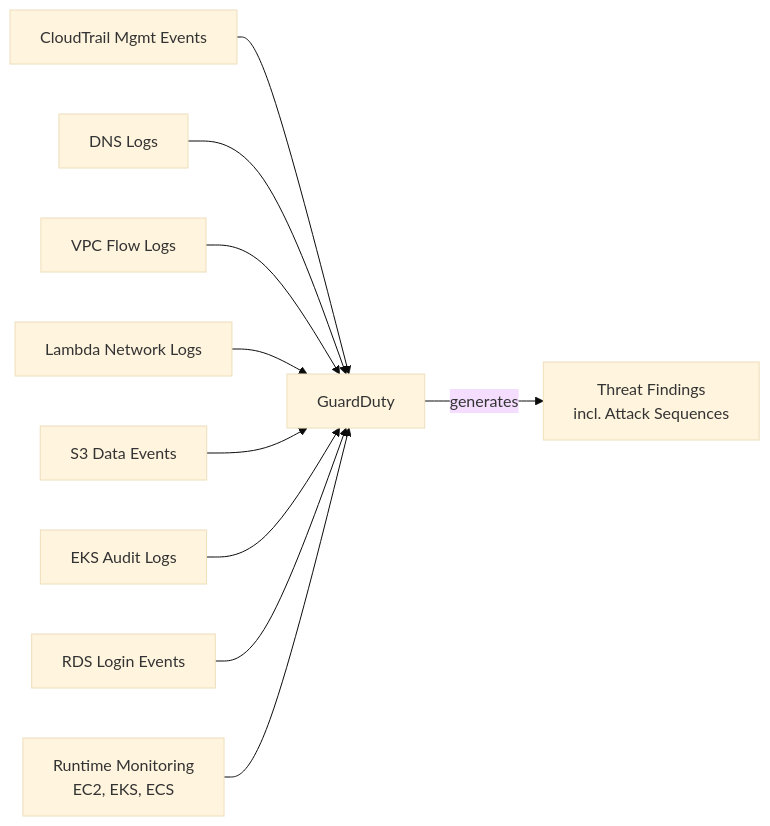
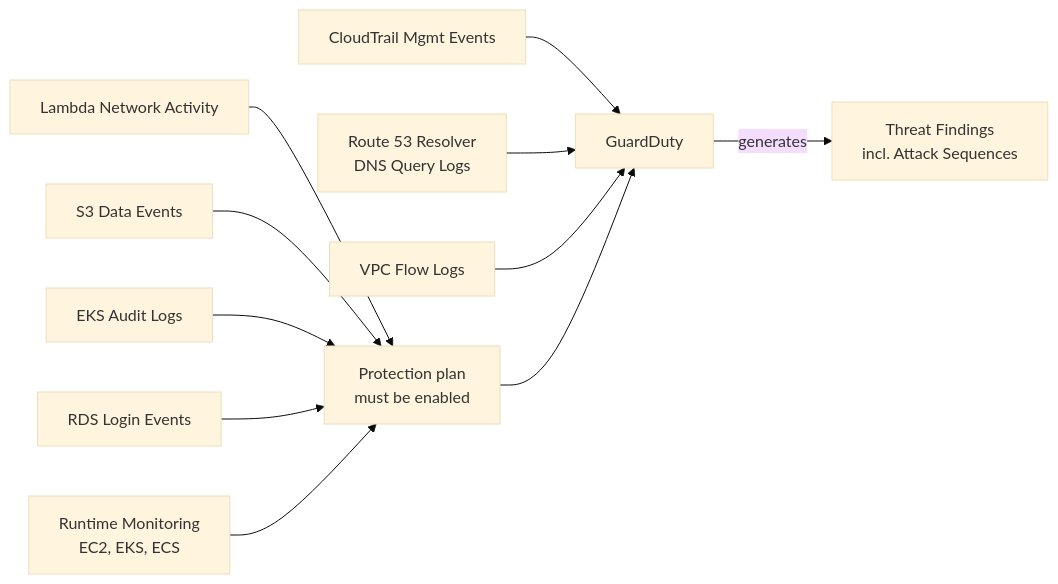
The diagram in aws-skills/skills/core-skills/aws-security/references/guardduty.md (robomotionio/robomotion-skills), drawn with Mermaid (base theme) before and after one commit. The commit also changed other lines of this file and 357 other files, not shown here.

````diff
--- a/aws-skills/skills/core-skills/aws-security/references/guardduty.md
+++ b/aws-skills/skills/core-skills/aws-security/references/guardduty.md
@@ -10,12 +10,13 @@
 ```mermaid
 graph LR
     CT[CloudTrail Mgmt Events] --> GD[GuardDuty]
-    DNS[DNS Logs] --> GD
+    DNS[Route 53 Resolver<br/>DNS Query Logs] --> GD
     VPC[VPC Flow Logs] --> GD
-    LAMBDA[Lambda Network Logs] --> GD
-    S3[S3 Data Events] --> GD
-    EKS[EKS Audit Logs] --> GD
-    RDS[RDS Login Events] --> GD
-    RT[Runtime Monitoring<br/>EC2, EKS, ECS] --> GD
+    LAMBDA[Lambda Network Activity] --> PP
+    S3[S3 Data Events] --> PP
+    EKS[EKS Audit Logs] --> PP
+    RDS[RDS Login Events] --> PP
+    RT[Runtime Monitoring<br/>EC2, EKS, ECS] --> PP
+    PP[Protection plan<br/>must be enabled] --> GD
     GD -->|generates| FIND[Threat Findings<br/>incl. Attack Sequences]
 ```
````
